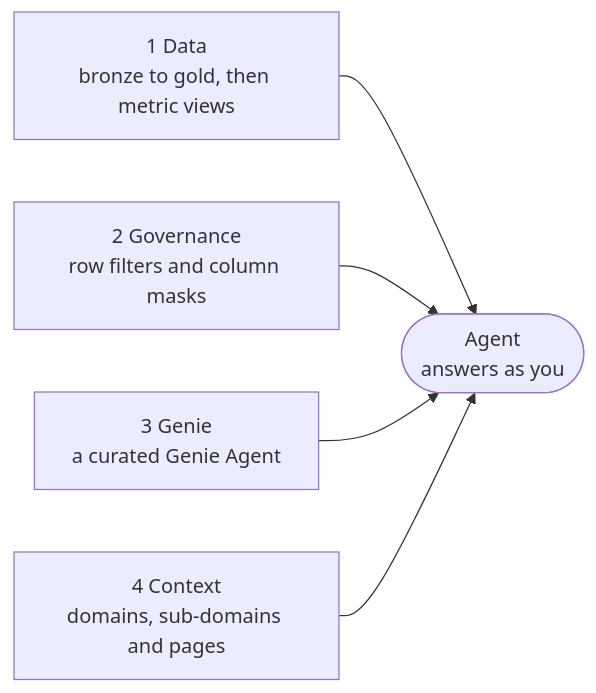
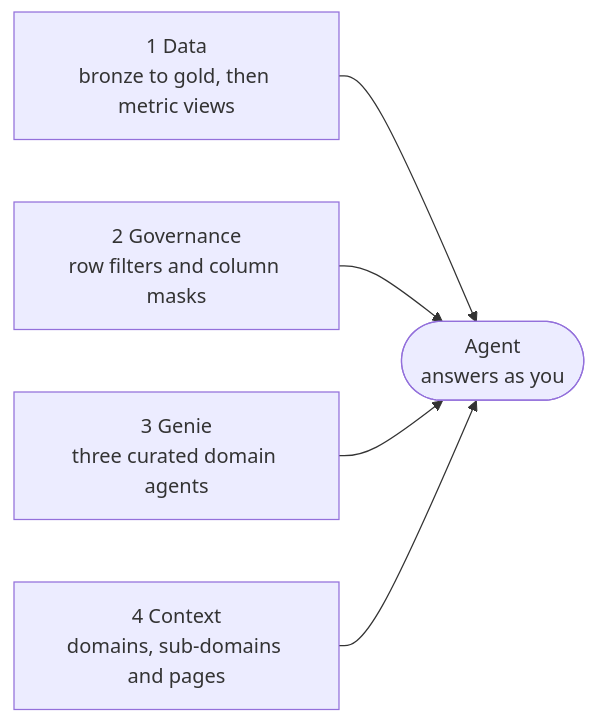
Before and after one commit to dediggibyte/genie_bootcamp: the first of 4 diagrams in README.md, drawn with Mermaid. The commit also changed other lines of this file and 39 other files, not shown here.

````diff
--- a/README.md
+++ b/README.md
@@ -33,12 +34,12 @@
 ```mermaid
 flowchart LR
     D["1 Data<br/>bronze to gold, then metric views"]
     G["2 Governance<br/>row filters and column masks"]
-    GE["3 Genie<br/>a curated Genie Agent"]
+    GE["3 Genie<br/>three curated domain agents"]
     C["4 Context<br/>domains, sub-domains and pages"]
     A(["Agent<br/>answers as you"])
     D --> A
     G --> A
     GE --> A
     C --> A
 ```
````
